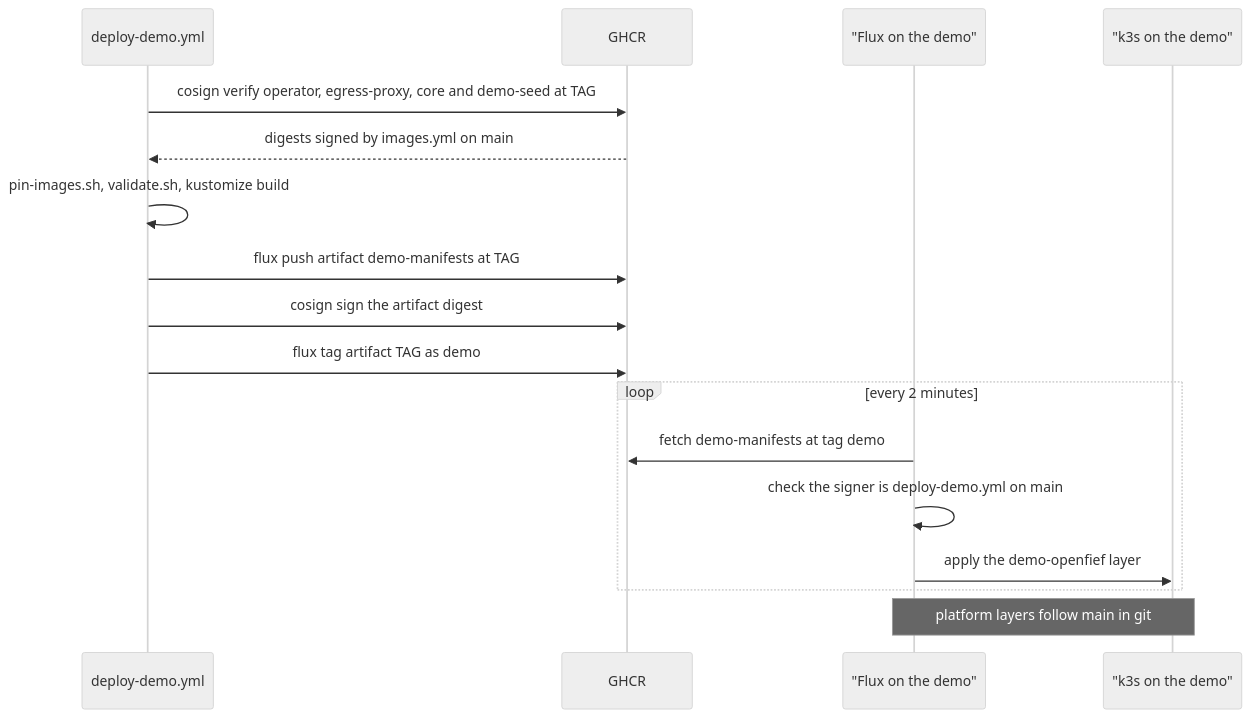
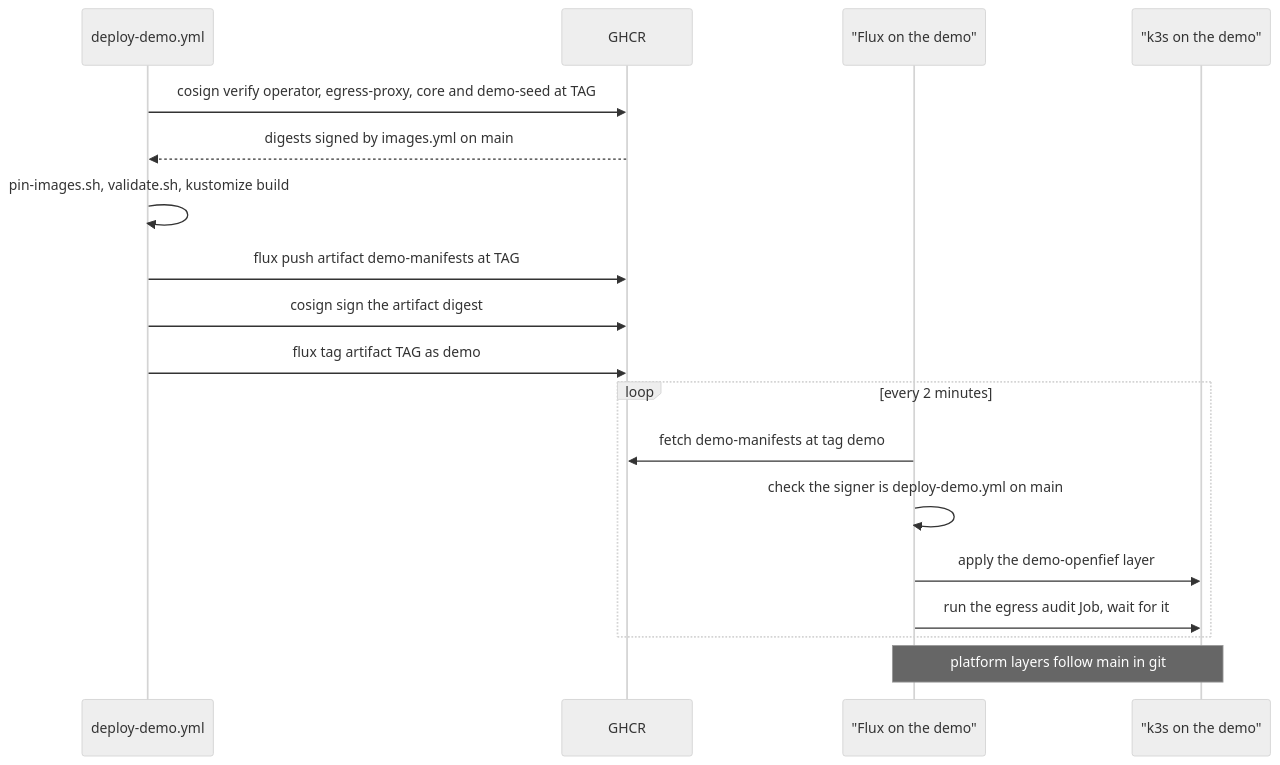
The fourth of 5 diagrams in docs/dev/pipeline.md (arkadiuss/openfief), drawn with Mermaid (neutral theme) before and after one commit. The commit also changed other lines of this file and 156 other files, not shown here.

````diff
--- a/docs/dev/pipeline.md
+++ b/docs/dev/pipeline.md
@@ -267,19 +268,20 @@
 ```mermaid
 sequenceDiagram
   participant D as deploy-demo.yml
   participant G as GHCR
   participant F as "Flux on the demo"
   participant K as "k3s on the demo"
   D->>G: cosign verify operator, egress-proxy, core and demo-seed at TAG
   G-->>D: digests signed by images.yml on main
   D->>D: pin-images.sh, validate.sh, kustomize build
   D->>G: flux push artifact demo-manifests at TAG
   D->>G: cosign sign the artifact digest
   D->>G: flux tag artifact TAG as demo
   loop every 2 minutes
     F->>G: fetch demo-manifests at tag demo
     F->>F: check the signer is deploy-demo.yml on main
     F->>K: apply the demo-openfief layer
+    F->>K: run the egress audit Job, wait for it
   end
   Note over F,K: platform layers follow main in git
 ```
````
